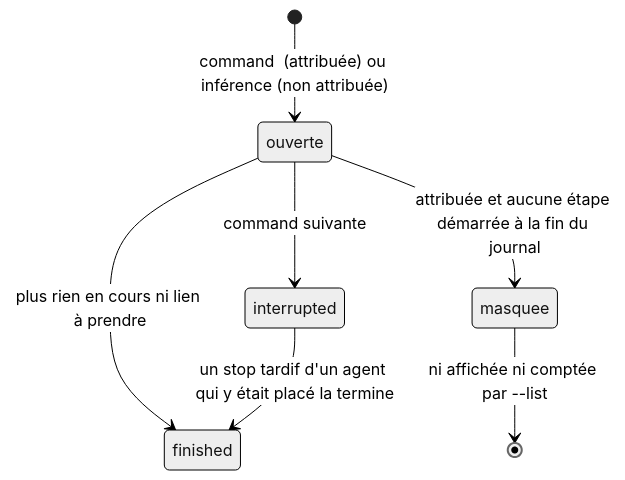
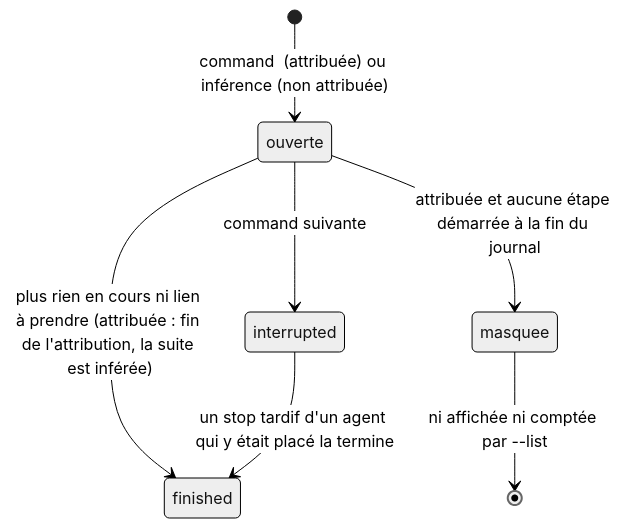
The second of 2 diagrams in docs/superpowers/plans/2026-10-26-flow-status-run-attribution.md (Dr0drigues/armadai), drawn with Mermaid (neutral theme) before and after one commit. The commit also changed other lines of this file, not shown here.

Commit message:
docs(flow): plan task 5, end the attribution when the run finishes

````diff
--- a/docs/superpowers/plans/2026-10-26-flow-status-run-attribution.md
+++ b/docs/superpowers/plans/2026-10-26-flow-status-run-attribution.md
@@ -46,9 +46,9 @@
 ```mermaid
 stateDiagram-v2
     [*] --> ouverte: command <flow> (attribuée) ou inférence (non attribuée)
-    ouverte --> finished: plus rien en cours ni lien à prendre
+    ouverte --> finished: plus rien en cours ni lien à prendre (attribuée : fin de l'attribution, la suite est inférée)
     ouverte --> interrupted: command <flow> suivante
     interrupted --> finished: un stop tardif d'un agent qui y était placé la termine
     ouverte --> masquee: attribuée et aucune étape démarrée à la fin du journal
     masquee --> [*]: ni affichée ni comptée par --list
 ```
````
